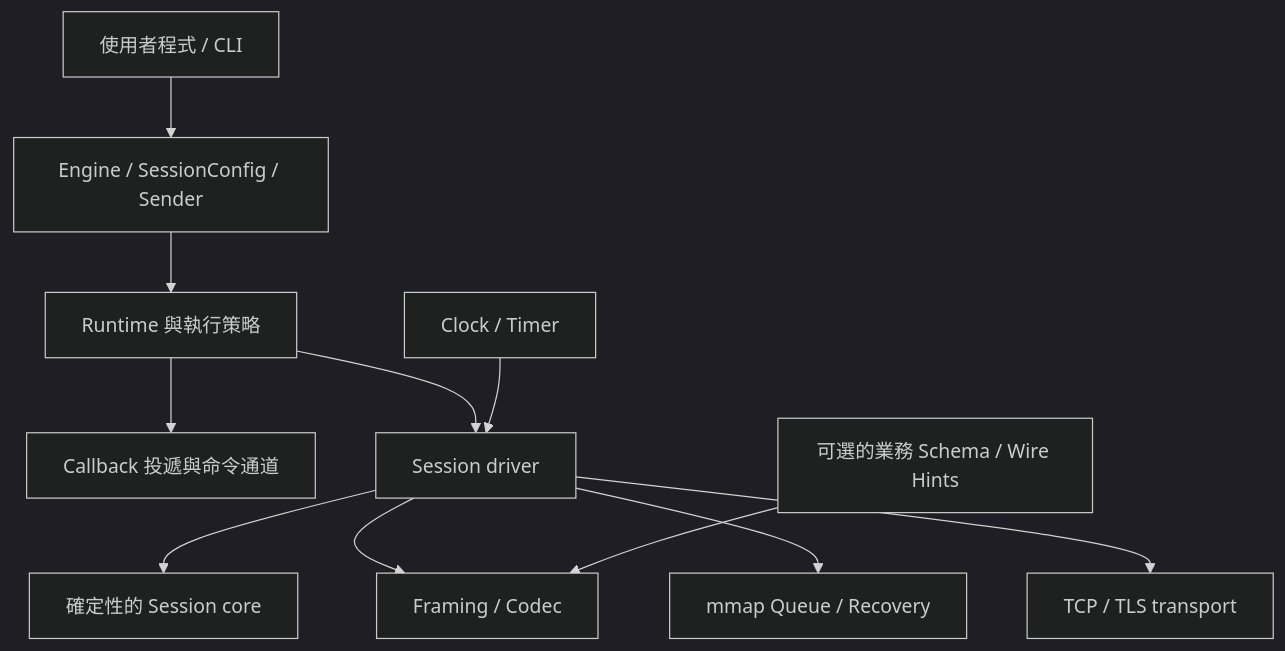
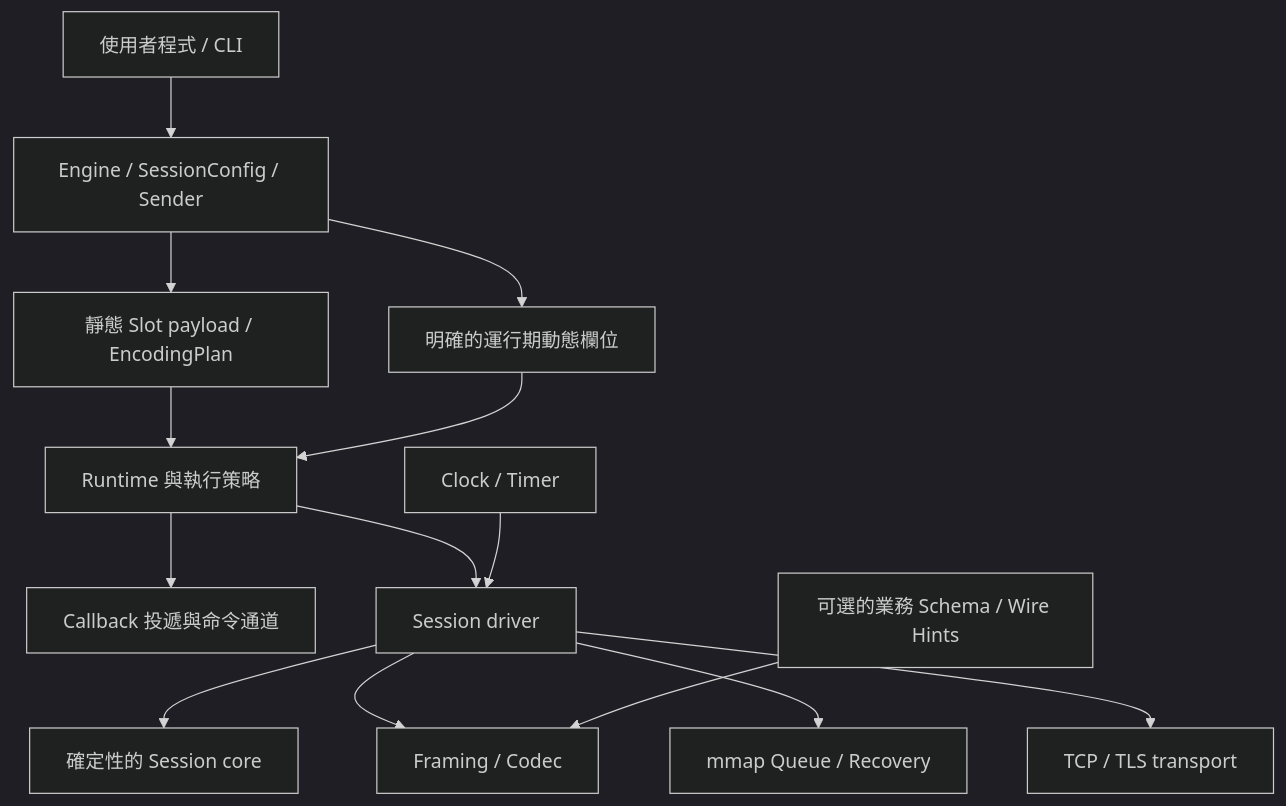
Before and after one commit to yhwwwwww/nimblefix: the diagram in docs/rewrite-design.md, drawn with Mermaid (dark theme). The commit also changed other lines of this file, not shown here.

First line of the commit message:
docs: unify XML dictionaries and static slot-based message APIs

````diff
--- a/docs/rewrite-design.md
+++ b/docs/rewrite-design.md
@@ -473,13 +550,16 @@
 ```mermaid
 flowchart TD
     App[使用者程式 / CLI] --> API[Engine / SessionConfig / Sender]
-    API --> Runtime[Runtime 與執行策略]
+    API --> Slots[靜態 Slot payload / EncodingPlan]
+    API --> Dynamic[明確的運行期動態欄位]
+    Slots --> Runtime[Runtime 與執行策略]
+    Dynamic --> Runtime
     Runtime --> Delivery[Callback 投遞與命令通道]
     Runtime --> Driver[Session driver]
     Driver --> Core[確定性的 Session core]
     Driver --> Codec[Framing / Codec]
     Driver --> Journal[mmap Queue / Recovery]
     Driver --> Transport[TCP / TLS transport]
     Schema[可選的業務 Schema / Wire Hints] --> Codec
     Clock[Clock / Timer] --> Driver
 ```
````
